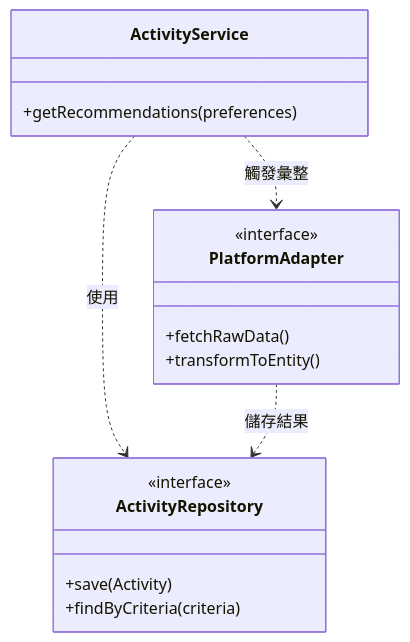
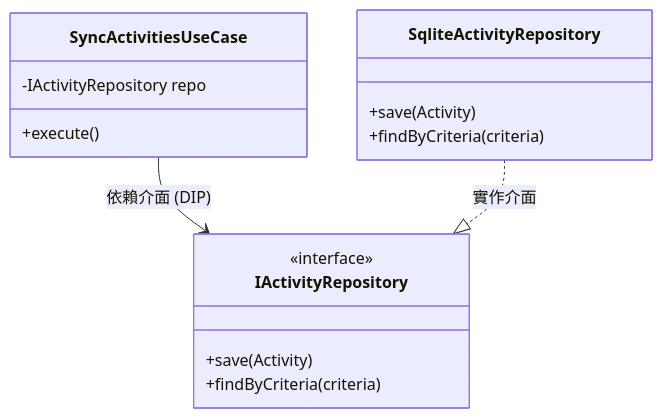
Before and after one commit to landy35p/ADLC-project: the third of 4 diagrams in projects/activity-aggregator/docs/architecture-design.md, drawn with Mermaid. The commit also changed other lines of this file, not shown here.

Commit message:
docs(arch): 修正洋蔥架構示意圖並優化層級描述 (Onion Architecture)

````diff
--- a/projects/activity-aggregator/docs/architecture-design.md
+++ b/projects/activity-aggregator/docs/architecture-design.md
@@ -54,20 +115,19 @@
 ```mermaid
 classDiagram
-    class ActivityService {
-        +getRecommendations(preferences)
-    }
-    class ActivityRepository {
+    class IActivityRepository {
         <<interface>>
         +save(Activity)
         +findByCriteria(criteria)
     }
-    class PlatformAdapter {
-        <<interface>>
-        +fetchRawData()
-        +transformToEntity()
+    class SqliteActivityRepository {
+        +save(Activity)
+        +findByCriteria(criteria)
+    }
+    class SyncActivitiesUseCase {
+        -IActivityRepository repo
+        +execute()
     }
     
-    ActivityService ..> ActivityRepository : 使用
-    ActivityService ..> PlatformAdapter : 觸發彙整
-    PlatformAdapter ..> ActivityRepository : 儲存結果
+    SyncActivitiesUseCase --> IActivityRepository : 依賴介面 (DIP)
+    SqliteActivityRepository ..|> IActivityRepository : 實作介面
 ```
````
